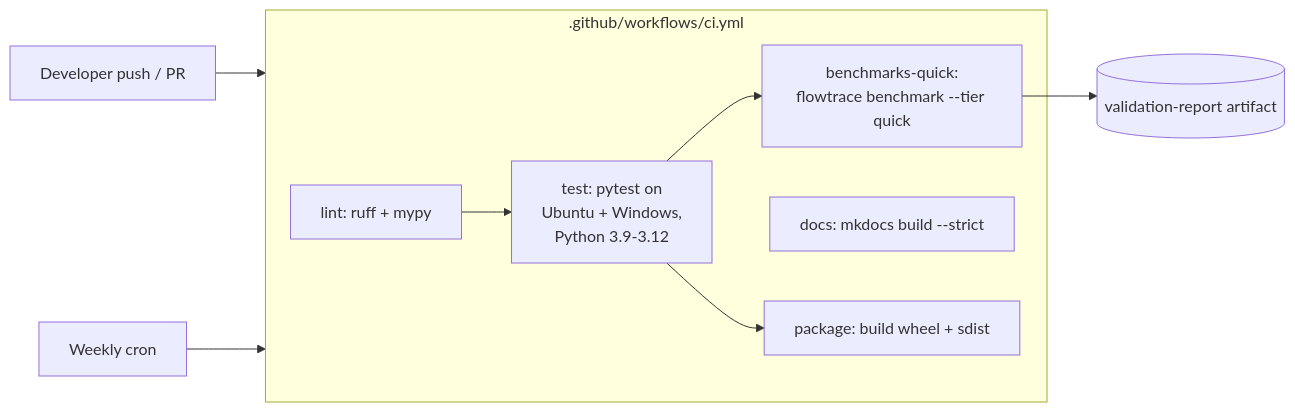
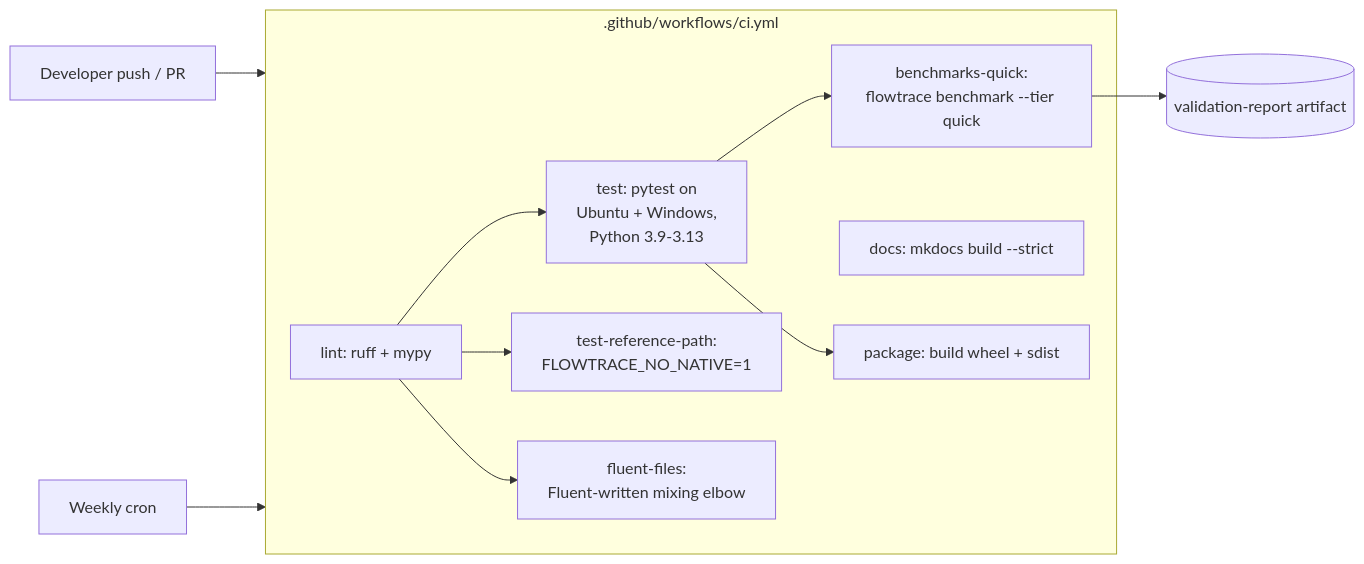
One commit to mayimhamid/gputest changed the sixth of 6 diagrams in ARCHITECTURE.md. Above: the diagram before and after it, drawn with Mermaid. The commit also changed other lines of this file and 66 other files, not shown here.

````diff
--- a/ARCHITECTURE.md
+++ b/ARCHITECTURE.md
@@ -563,15 +646,19 @@
 ```mermaid
 flowchart LR
     Dev[Developer push / PR] --> CI
     subgraph CI[.github/workflows/ci.yml]
         Lint[lint: ruff + mypy]
-        Test[test: pytest on<br/>Ubuntu + Windows,<br/>Python 3.9-3.12]
+        Test[test: pytest on<br/>Ubuntu + Windows,<br/>Python 3.9-3.13]
+        Ref[test-reference-path:<br/>FLOWTRACE_NO_NATIVE=1]
+        FF[fluent-files:<br/>Fluent-written mixing elbow]
         Bench[benchmarks-quick:<br/>flowtrace benchmark --tier quick]
         Docs[docs: mkdocs build --strict]
         Pkg[package: build wheel + sdist]
         Lint --> Test --> Bench
+        Lint --> Ref
+        Lint --> FF
         Test --> Pkg
     end
     Weekly[Weekly cron] --> CI
     Bench --> Art[(validation-report artifact)]
 ```
````
